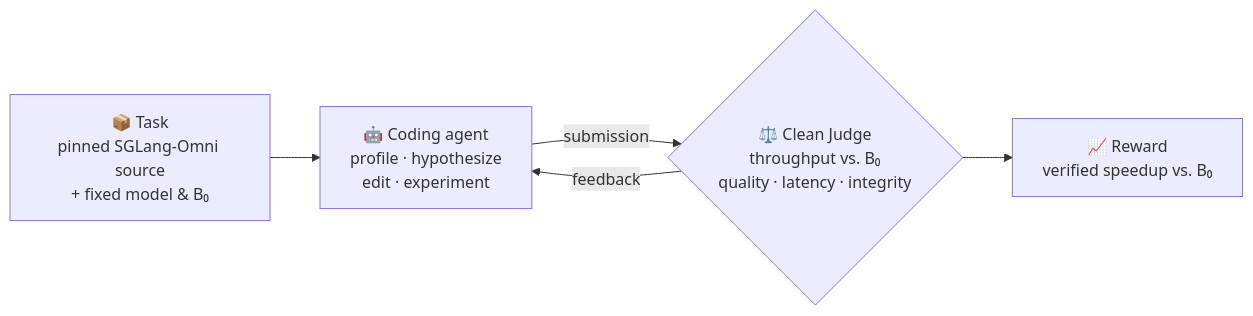
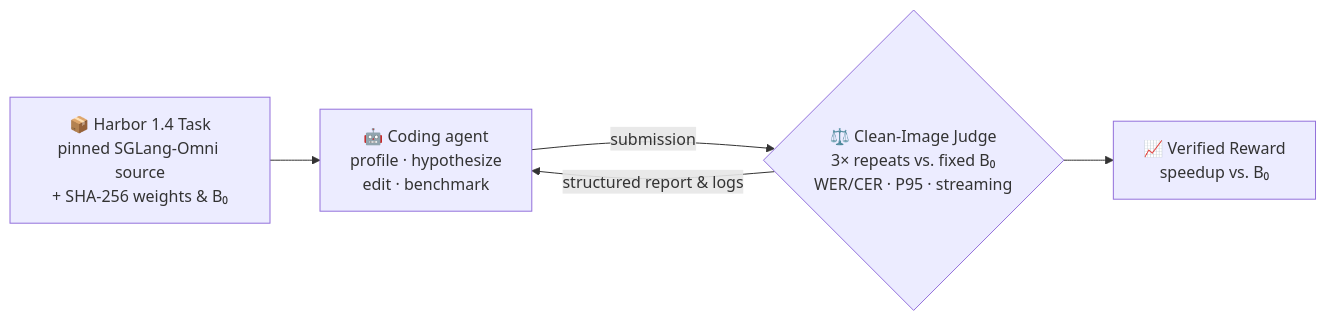
Before and after one commit to OpenRSI-Foundation/OpenRSI-AI-Infra-Bench: the diagram in README.md, drawn with Mermaid. The commit also changed other lines of this file and 4 other files, not shown here.

````diff
--- a/README.md
+++ b/README.md
@@ -107,8 +111,8 @@
 ```mermaid
 flowchart LR
-    T["📦 Task<br/>pinned SGLang-Omni source<br/>+ fixed model &amp; B₀"] --> A
-    A["🤖 Coding agent<br/>profile · hypothesize<br/>edit · experiment"] -- submission --> E
-    E{"⚖️ Clean Judge<br/>throughput vs. B₀<br/>quality · latency · integrity"}
-    E -- "feedback" --> A
-    E --> R["📈 Reward<br/>verified speedup vs. B₀"]
+    T["📦 Harbor 1.4 Task<br/>pinned SGLang-Omni source<br/>+ SHA-256 weights &amp; B₀"] --> A
+    A["🤖 Coding agent<br/>profile · hypothesize<br/>edit · benchmark"] -- submission --> E
+    E{"⚖️ Clean-Image Judge<br/>3× repeats vs. fixed B₀<br/>WER/CER · P95 · streaming"}
+    E -- "structured report &amp; logs" --> A
+    E --> R["📈 Verified Reward<br/>speedup vs. B₀"]
 ```
````
